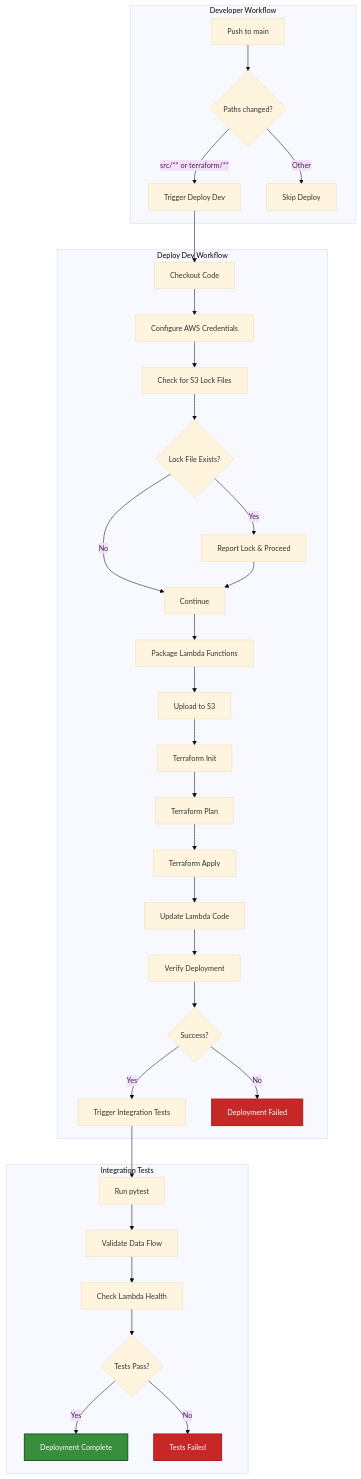
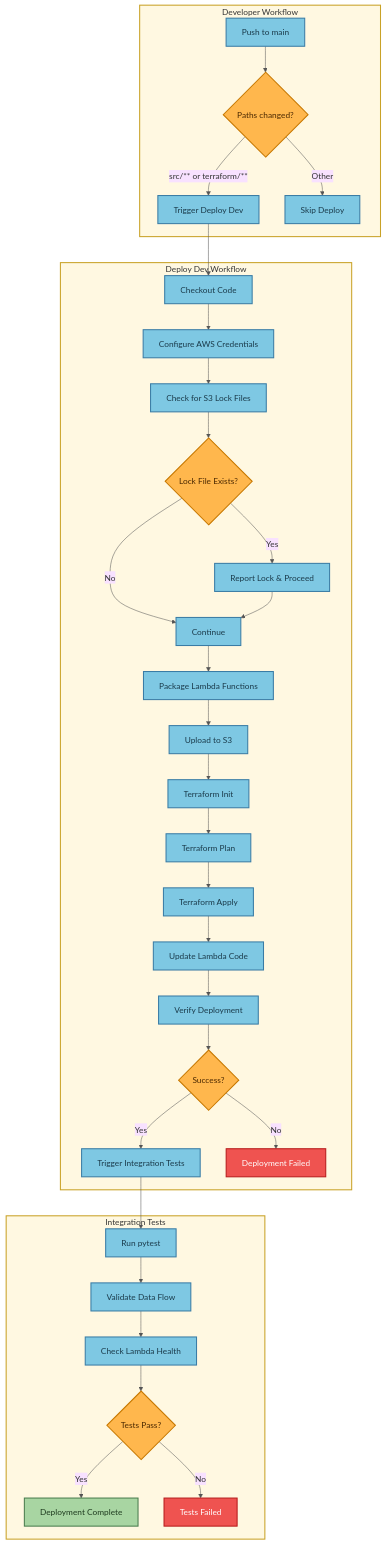
Before and after one commit to traylorre/sentiment-analyzer-gsk: the first of 9 diagrams in docs/TERRAFORM_DEPLOYMENT_FLOW.md, drawn with Mermaid. The commit also changed other lines of this file and 3 other files, not shown here.

First line of the commit message:
docs: Update mermaid diagrams with better contrast colors

````diff
--- a/docs/TERRAFORM_DEPLOYMENT_FLOW.md
+++ b/docs/TERRAFORM_DEPLOYMENT_FLOW.md
@@ -7,44 +7,50 @@
 ```mermaid
-%%{init: {'theme':'base', 'themeVariables': {'fontSize':'14px'}}}%%
+%%{init: {'theme':'base', 'themeVariables': {'primaryColor':'#fff8e1', 'primaryTextColor':'#333', 'primaryBorderColor':'#c9a227', 'lineColor':'#555'}}}%%
 flowchart TB
-    subgraph "Developer Workflow"
+    subgraph DevWorkflow["Developer Workflow"]
         A[Push to main] --> B{Paths changed?}
         B -->|src/** or terraform/**| C[Trigger Deploy Dev]
         B -->|Other| D[Skip Deploy]
     end
 
-    subgraph "Deploy Dev Workflow"
+    subgraph DeployWorkflow["Deploy Dev Workflow"]
         C --> E[Checkout Code]
         E --> F[Configure AWS Credentials]
         F --> G[Check for S3 Lock Files]
         G --> H{Lock File Exists?}
         H -->|Yes| I[Report Lock & Proceed]
         H -->|No| J[Continue]
         I --> J
         J --> K[Package Lambda Functions]
         K --> L[Upload to S3]
         L --> M[Terraform Init]
         M --> N[Terraform Plan]
         N --> O[Terraform Apply]
         O --> P[Update Lambda Code]
         P --> Q[Verify Deployment]
         Q --> R{Success?}
         R -->|Yes| S[Trigger Integration Tests]
         R -->|No| T[Deployment Failed]
     end
 
-    subgraph "Integration Tests"
+    subgraph IntegrationTests["Integration Tests"]
         S --> U[Run pytest]
         U --> V[Validate Data Flow]
         V --> W[Check Lambda Health]
         W --> X{Tests Pass?}
         X -->|Yes| Y[Deployment Complete]
         X -->|No| Z[Tests Failed]
     end
 
-    classDef successStep fill:#388e3c,stroke:#1b5e20,stroke-width:2px,color:#fff
-    classDef failStep fill:#c62828,stroke:#b71c1c,stroke-width:2px,color:#fff
+    classDef stageBox fill:#fff8e1,stroke:#c9a227,stroke-width:2px,color:#333
+    classDef processNode fill:#7ec8e3,stroke:#3a7ca5,stroke-width:2px,color:#1a3a4a
+    classDef decisionNode fill:#ffb74d,stroke:#c77800,stroke-width:2px,color:#4a2800
+    classDef successNode fill:#a8d5a2,stroke:#4a7c4e,stroke-width:2px,color:#1e3a1e
+    classDef failNode fill:#ef5350,stroke:#b71c1c,stroke-width:2px,color:#fff
 
-    class Y successStep
-    class T,Z failStep
+    class DevWorkflow,DeployWorkflow,IntegrationTests stageBox
+    class A,C,D,E,F,G,I,J,K,L,M,N,O,P,Q,S,U,V,W processNode
+    class B,H,R,X decisionNode
+    class Y successNode
+    class T,Z failNode
 ```
````
